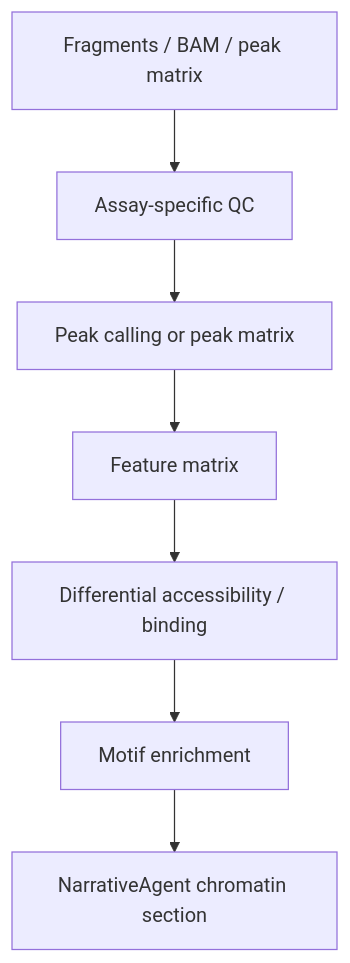
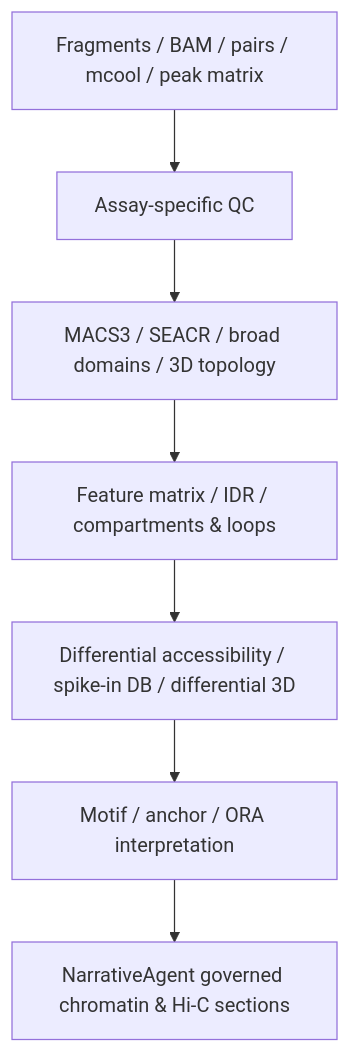
Before and after one commit to Olascoaga/aria-omics: the diagram in docs/workflows/chromatin_roadmap.md, drawn with Mermaid. The commit also changed other lines of this file and 66 other files, not shown here.

````diff
--- a/docs/workflows/chromatin_roadmap.md
+++ b/docs/workflows/chromatin_roadmap.md
@@ -120,9 +140,9 @@
 ```mermaid
 flowchart TD
-    I[Fragments / BAM / peak matrix] --> QC[Assay-specific QC]
-    QC --> PEAKS[Peak calling or peak matrix]
-    PEAKS --> FEAT[Feature matrix]
-    FEAT --> DA[Differential accessibility / binding]
-    DA --> MOTIF[Motif enrichment]
-    MOTIF --> N[NarrativeAgent chromatin section]
+    I[Fragments / BAM / pairs / mcool / peak matrix] --> QC[Assay-specific QC]
+    QC --> PEAKS[MACS3 / SEACR / broad domains / 3D topology]
+    PEAKS --> FEAT[Feature matrix / IDR / compartments & loops]
+    FEAT --> DA[Differential accessibility / spike-in DB / differential 3D]
+    DA --> MOTIF[Motif / anchor / ORA interpretation]
+    MOTIF --> N[NarrativeAgent governed chromatin & Hi-C sections]
 ```
````
